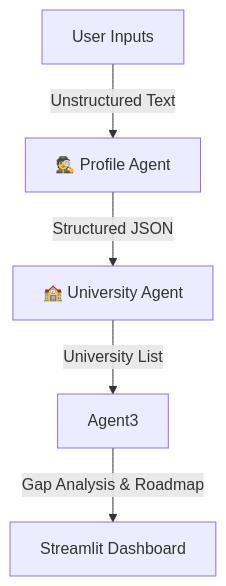
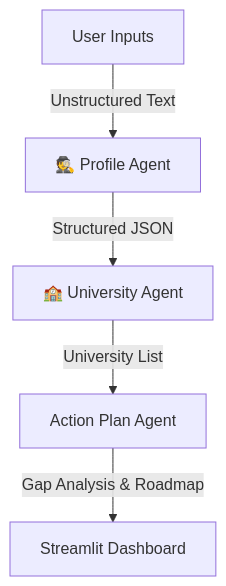
Before and after one commit to adhiraj0905/setlife-ai: the diagram in README.md, drawn with Mermaid.

Commit message:
Update Agent3 label in flowchart

````diff
--- a/README.md
+++ b/README.md
@@ -20,8 +20,8 @@
 ```mermaid
 graph TD
     User["User Inputs"] -->|Unstructured Text| Agent1["🕵️ Profile Agent"]
     Agent1 -->|Structured JSON| Agent2["🏫 University Agent"]
     
-    Agent2 -->|University List| Agent3
+    Agent2 -->|University List| Agent3[" Action Plan Agent"]
     Agent3 -->|Gap Analysis & Roadmap| UI["Streamlit Dashboard"]
 ```
````
